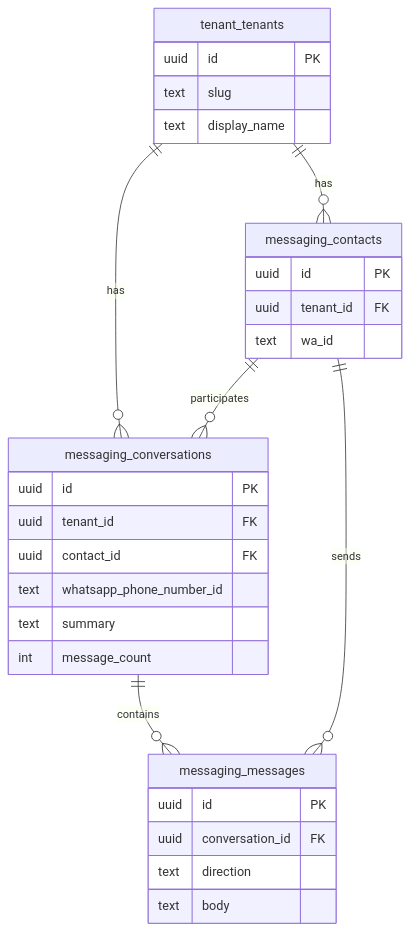
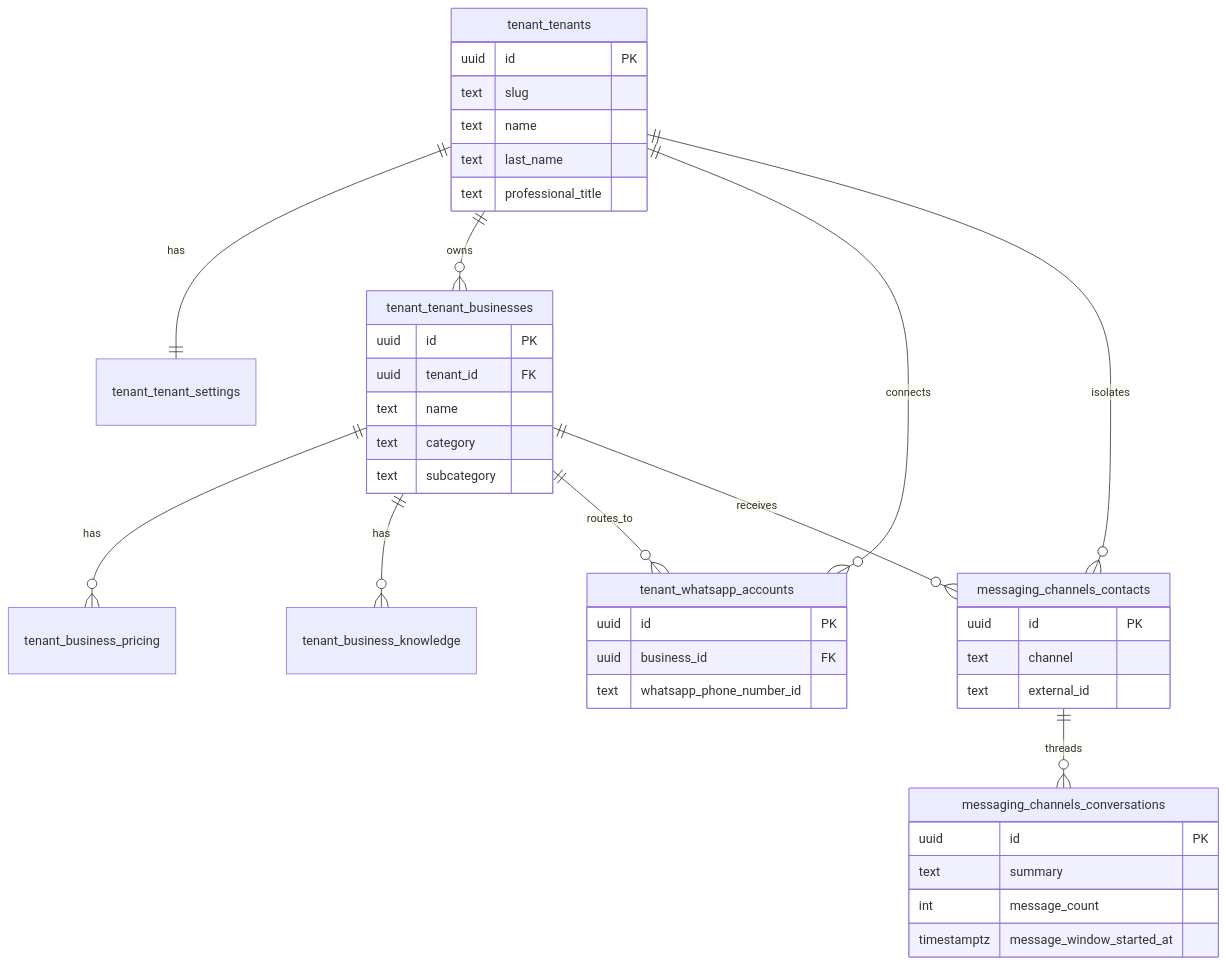
One commit to Don-pipe/IndigoNode_N8N changed the diagram in docs/Supabase.md. Above: the diagram before and after it, drawn with Mermaid. The commit also changed other lines of this file and 7 other files, not shown here.

First line of the commit message:
Document v2 Supabase schema, reorganize docs, and add WhatsApp bot flow reference.

````diff
--- a/docs/Supabase.md
+++ b/docs/Supabase.md
@@ -155,33 +48,43 @@
 ```mermaid
 erDiagram
-  tenant_tenants ||--o{ messaging_contacts : has
-  tenant_tenants ||--o{ messaging_conversations : has
-  messaging_contacts ||--o{ messaging_conversations : participates
-  messaging_conversations ||--o{ messaging_messages : contains
-  messaging_contacts ||--o{ messaging_messages : sends
+  tenant_tenants ||--|| tenant_tenant_settings : has
+  tenant_tenants ||--o{ tenant_tenant_businesses : owns
+  tenant_tenant_businesses ||--o{ tenant_business_pricing : has
+  tenant_tenant_businesses ||--o{ tenant_business_knowledge : has
+  tenant_tenants ||--o{ tenant_whatsapp_accounts : connects
+  tenant_tenant_businesses ||--o{ tenant_whatsapp_accounts : routes_to
+  tenant_tenants ||--o{ messaging_channels_contacts : isolates
+  tenant_tenant_businesses ||--o{ messaging_channels_contacts : receives
+  messaging_channels_contacts ||--o{ messaging_channels_conversations : threads
 
   tenant_tenants {
     uuid id PK
     text slug
-    text display_name
+    text name
+    text last_name
+    text professional_title
   }
-  messaging_contacts {
+  tenant_tenant_businesses {
     uuid id PK
     uuid tenant_id FK
-    text wa_id
+    text name
+    text category
+    text subcategory
   }
-  messaging_conversations {
+  tenant_whatsapp_accounts {
     uuid id PK
-    uuid tenant_id FK
-    uuid contact_id FK
+    uuid business_id FK
     text whatsapp_phone_number_id
+  }
+  messaging_channels_contacts {
+    uuid id PK
+    text channel
+    text external_id
+  }
+  messaging_channels_conversations {
+    uuid id PK
     text summary
     int message_count
-  }
-  messaging_messages {
-    uuid id PK
-    uuid conversation_id FK
-    text direction
-    text body
+    timestamptz message_window_started_at
   }
 ```
````
